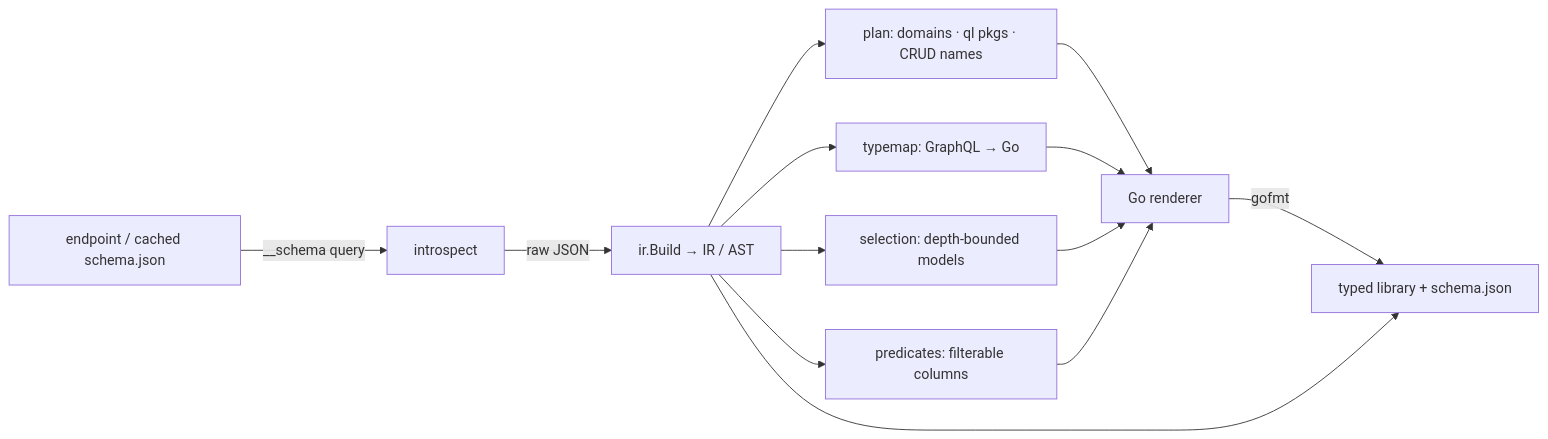
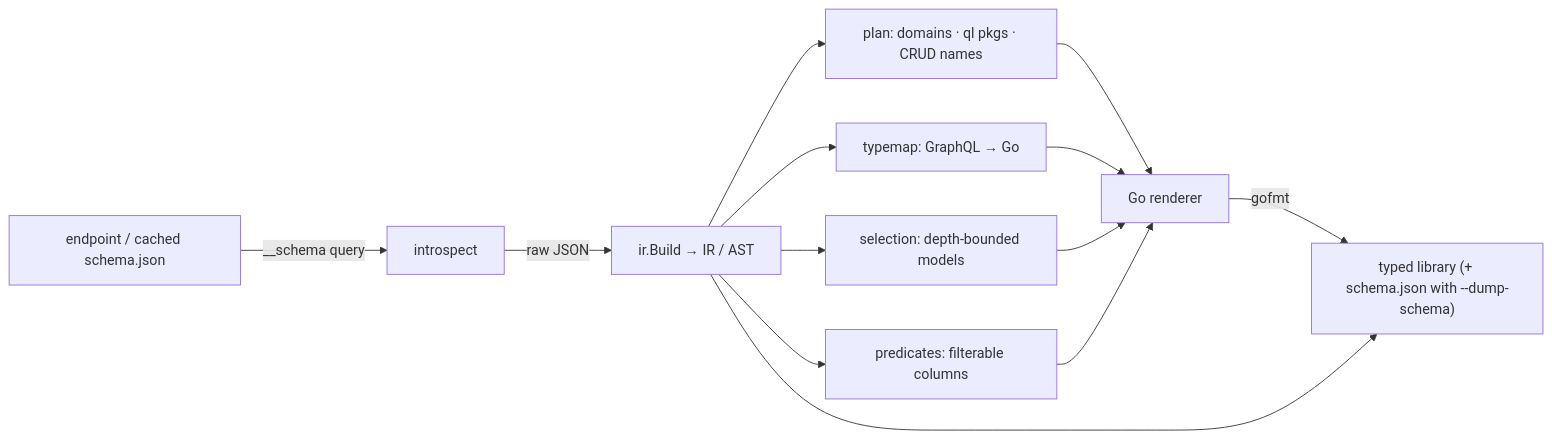
One commit to oh-tarnished/generateql changed the first of 2 diagrams in README.md. Above: the diagram before and after it, drawn with Mermaid. The commit also changed other lines of this file and 300 other files, not shown here.

````diff
--- a/README.md
+++ b/README.md
@@ -60,15 +91,15 @@
 ```mermaid
 flowchart LR
     EP["endpoint / cached schema.json"] -->|"__schema query"| INTRO[introspect]
     INTRO -->|raw JSON| IR["ir.Build → IR / AST"]
     IR --> PLAN[plan: domains · ql pkgs · CRUD names]
     IR --> TM[typemap: GraphQL → Go]
     IR --> SEL[selection: depth-bounded models]
     IR --> PRED[predicates: filterable columns]
     PLAN --> GEN[Go renderer]
     TM --> GEN
     SEL --> GEN
     PRED --> GEN
-    GEN -->|gofmt| OUT["typed library + schema.json"]
+    GEN -->|gofmt| OUT["typed library (+ schema.json with --dump-schema)"]
     IR --> OUT
 ```
````
